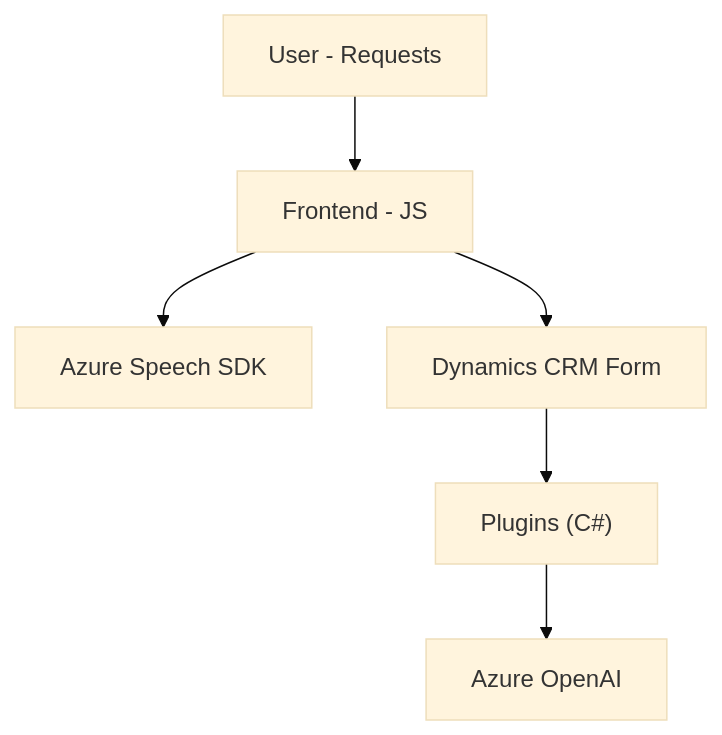
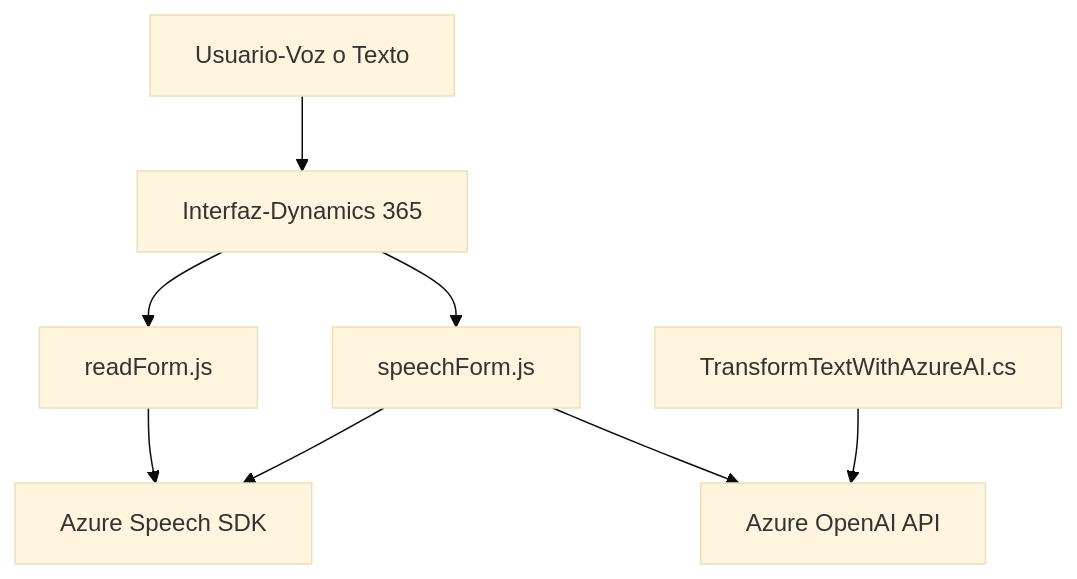
Before and after one commit to blopezdm/NETCORE_BILBAO2025: the diagram in README.md, drawn with Mermaid (base theme). The commit also changed other lines of this file, not shown here.

````diff
--- a/README.md
+++ b/README.md
@@ -36,16 +36,18 @@
 ```mermaid
 graph TD
-    A["User - Requests"]
-    B["Frontend - JS"]
-    C["Azure Speech SDK"]
-    B --> C
-    A --> B
-    
-    D["Dynamics CRM Form"]
-    E["Plugins (C#)"]
-    B --> D
-    D --> E
-    
-    F["Azure OpenAI"]
-    E --> F
+    A["Interfaz-Dynamics 365"]
+    B["readForm.js"]
+    C["speechForm.js"]
+    D["TransformTextWithAzureAI.cs"]
+    E["Azure Speech SDK"]
+    F["Azure OpenAI API"]
+    G["Usuario-Voz o Texto"]
+
+    G --> A 
+    A --> B 
+    A --> C 
+    B --> E
+    C --> E
+    C --> F
+    D --> F
 ```
````
